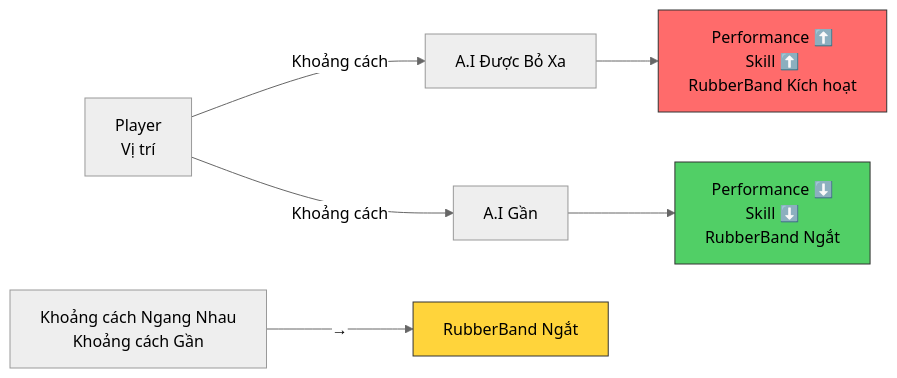
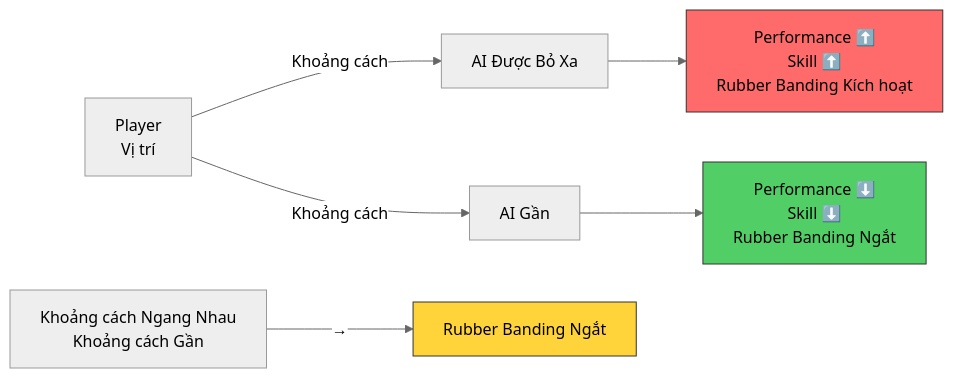
The third of 4 diagrams in Docs/features/racer-ai/requirements/Racer_AI_V5.md (Click-Game-Studio/VNRacing), drawn with Mermaid (neutral theme) before and after one commit. The commit also changed other lines of this file and 91 other files, not shown here.

````diff
--- a/Docs/features/racer-ai/requirements/Racer_AI_V5.md
+++ b/Docs/features/racer-ai/requirements/Racer_AI_V5.md
@@ -313,14 +360,14 @@
 ```mermaid
 graph LR
-    A["Player<br/>Vị trí"] -->|Khoảng cách| B["A.I Được Bỏ Xa"]
-    A -->|Khoảng cách| C["A.I Gần"]
-    
-    B --> B1["Performance ⬆️<br/>Skill ⬆️<br/>RubberBand Kích hoạt"]
-    C --> C1["Performance ⬇️<br/>Skill ⬇️<br/>RubberBand Ngắt"]
-    
-    D["Khoảng cách Ngang Nhau<br/>Khoảng cách Gần"] -->|→| E["RubberBand Ngắt"]
-    
+    A["Player<br/>Vị trí"] -->|Khoảng cách| B["AI Được Bỏ Xa"]
+    A -->|Khoảng cách| C["AI Gần"]
+
+    B --> B1["Performance ⬆️<br/>Skill ⬆️<br/>Rubber Banding Kích hoạt"]
+    C --> C1["Performance ⬇️<br/>Skill ⬇️<br/>Rubber Banding Ngắt"]
+
+    D["Khoảng cách Ngang Nhau<br/>Khoảng cách Gần"] -->|→| E["Rubber Banding Ngắt"]
+
     style B1 fill:#ff6b6b,stroke:#333
     style C1 fill:#51cf66,stroke:#333
     style E fill:#ffd43b,stroke:#333
 ```
````
